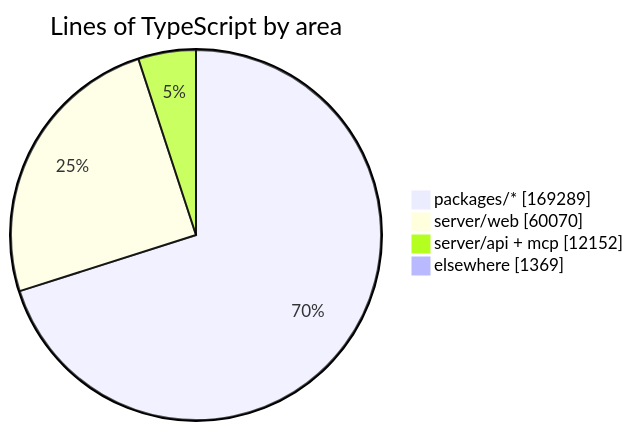
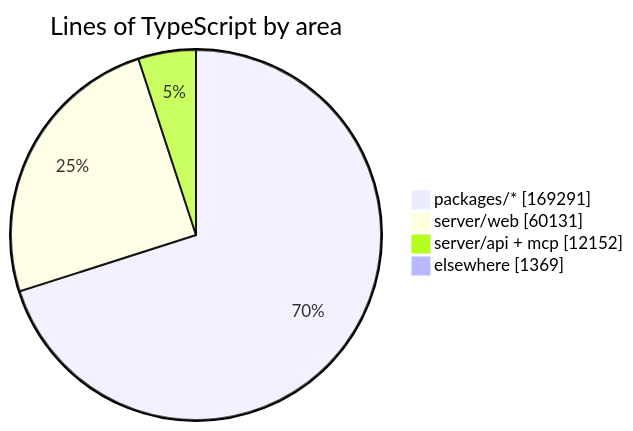
The diagram in README.md (crossworks-engineering/mantle), drawn with Mermaid before and after one commit. The commit also changed other lines of this file and 2 other files, not shown here.

````diff
--- a/README.md
+++ b/README.md
@@ -279,7 +279,7 @@
 ```mermaid
 pie showData title Lines of TypeScript by area
-    "packages/*" : 169289
-    "server/web" : 60070
+    "packages/*" : 169291
+    "server/web" : 60131
     "server/api + mcp" : 12152
     "elsewhere" : 1369
 ```
````
